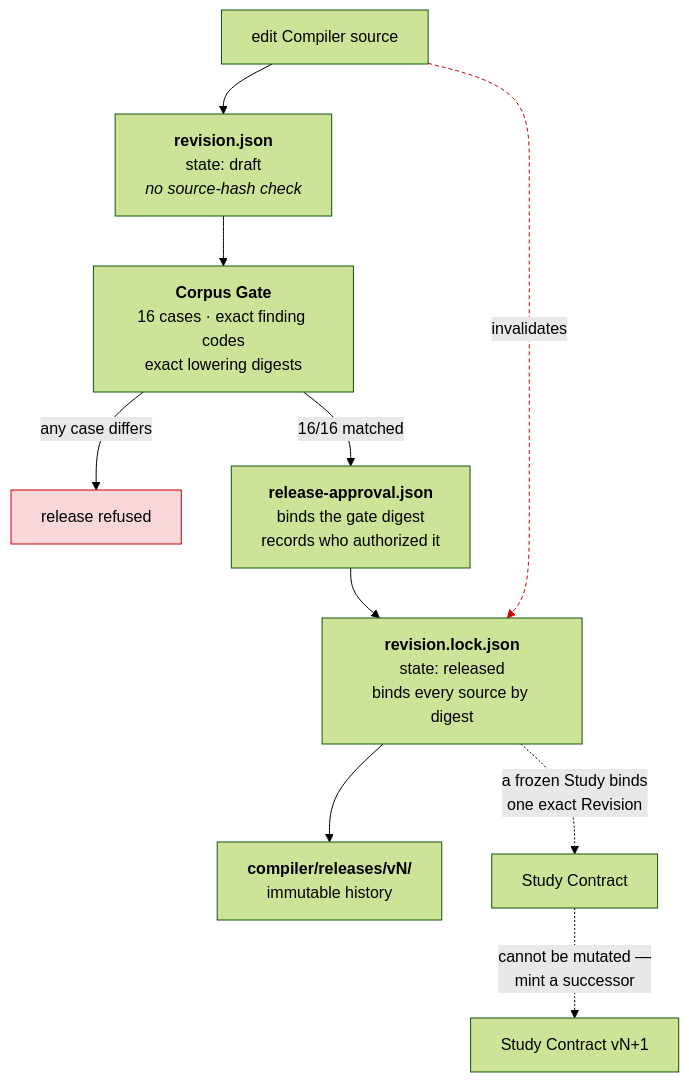
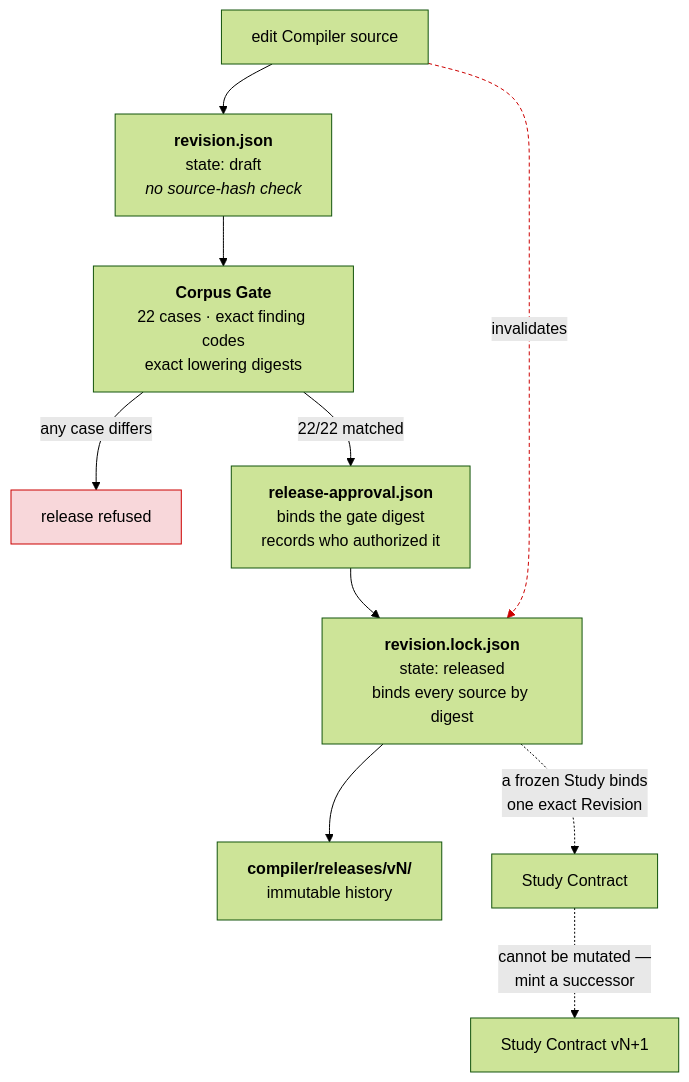
Before and after one commit to qhy991/open-cake-ir: the sixth of 7 diagrams in docs/ARCHITECTURE.md, drawn with Mermaid (forest theme). The commit also changed other lines of this file and 49 other files, not shown here.

````diff
--- a/docs/ARCHITECTURE.md
+++ b/docs/ARCHITECTURE.md
@@ -223,16 +223,16 @@
 ```mermaid
 graph TD
     E["edit Compiler source"] --> D["<b>revision.json</b><br/>state: draft<br/><i>no source-hash check</i>"]
-    D --> G["<b>Corpus Gate</b><br/>16 cases · exact finding codes<br/>exact lowering digests"]
+    D --> G["<b>Corpus Gate</b><br/>22 cases · exact finding codes<br/>exact lowering digests"]
     G -->|"any case differs"| STOP["release refused"]
-    G -->|"16/16 matched"| AP["<b>release-approval.json</b><br/>binds the gate digest<br/>records who authorized it"]
+    G -->|"22/22 matched"| AP["<b>release-approval.json</b><br/>binds the gate digest<br/>records who authorized it"]
     AP --> L["<b>revision.lock.json</b><br/>state: released<br/>binds every source by digest"]
     L --> AR["<b>compiler/releases/vN/</b><br/>immutable history"]
 
     L -.->|"a frozen Study binds<br/>one exact Revision"| SC["Study Contract"]
     E -.->|"invalidates"| L
     SC -.->|"cannot be mutated —<br/>mint a successor"| SC2["Study Contract vN+1"]
 
     style STOP fill:#f8d7da,stroke:#c00
     linkStyle 7 stroke:#c00,stroke-dasharray:4 3
 ```
````
